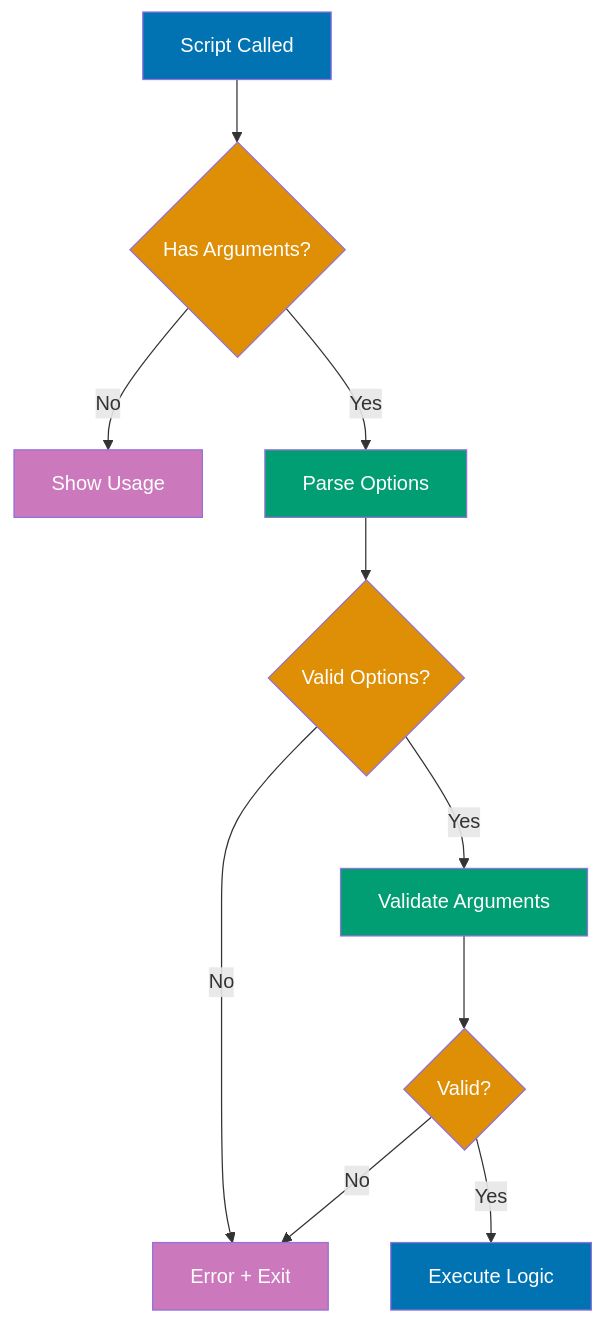
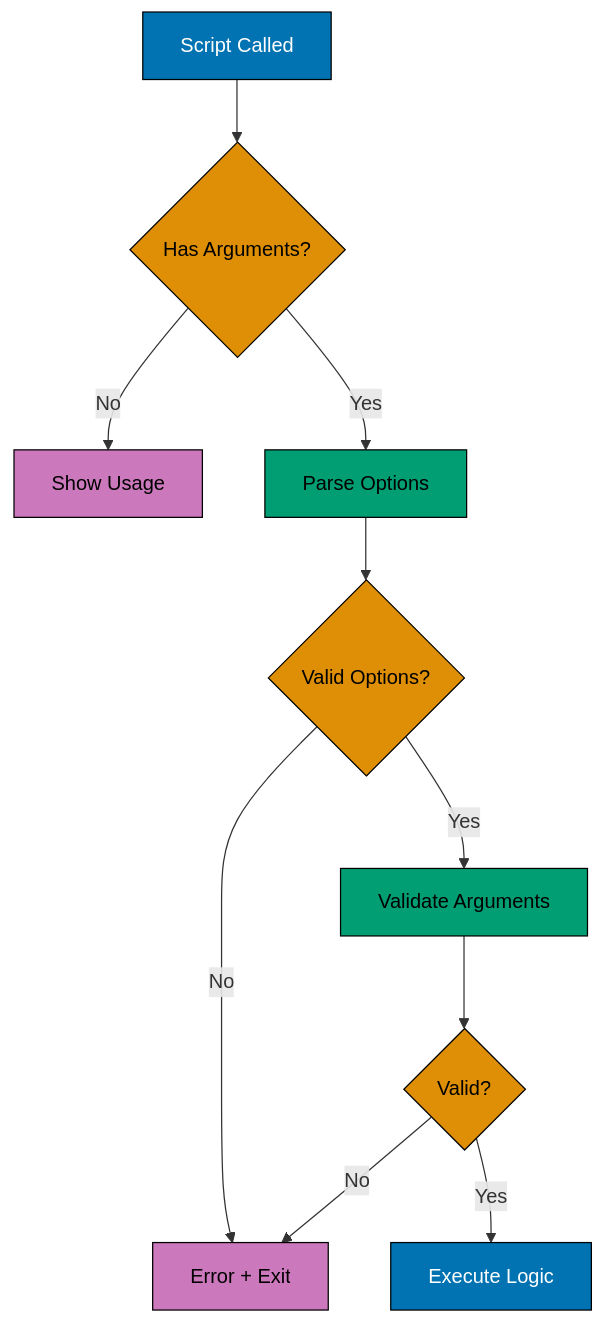
One commit to wahidyankf/ose-public changed the second of 11 diagrams in apps/ayokoding-www/content/en/learn/legacy/software-engineering/platforms/linux/tools/shell/by-example/intermediate.md. Above: the diagram before and after it, drawn with Mermaid. The commit also changed other lines of this file and 130 other files, not shown here.

First line of the commit message:
fix(mermaid): bring the legacy platforms diagrams onto the accessible palette

````diff
--- a/apps/ayokoding-www/content/en/learn/legacy/software-engineering/platforms/linux/tools/shell/by-example/intermediate.md
+++ b/apps/ayokoding-www/content/en/learn/legacy/software-engineering/platforms/linux/tools/shell/by-example/intermediate.md
@@ -196,23 +204,30 @@
 ```mermaid
 %% Argument parsing flow
 graph TD
+    accTitle: Example 33: Command Line Arguments and Parsing
+    accDescr: Graph with 9 nodes and 9 connections. Nodes: Script Called, Has Arguments?, Show Usage, Parse Options, Valid Options?, Error + Exit, Validate Arguments, Valid?, Execute Logic. Connections: Script Called to Has Arguments?, Has Arguments? to Show Usage (No), Has Arguments? to Parse Options (Yes), Parse Options to Valid Options?, Valid Options? to Error + Exit (No), Valid Options? to Validate Arguments (Yes), Validate Arguments to Valid?, Valid? to Error + Exit (No), Valid? to Execute Logic (Yes).
     A[Script Called] --> B{Has Arguments?}
     B -->|No| C[Show Usage]
     B -->|Yes| D[Parse Options]
     D --> E{Valid Options?}
     E -->|No| F[Error + Exit]
     E -->|Yes| G[Validate Arguments]
     G --> H{Valid?}
     H -->|No| F
     H -->|Yes| I[Execute Logic]
 
-    style A fill:#0173B2,color:#fff
-    style B fill:#DE8F05,color:#fff
-    style C fill:#CC78BC,color:#fff
-    style D fill:#029E73,color:#fff
-    style E fill:#DE8F05,color:#fff
-    style F fill:#CC78BC,color:#fff
-    style G fill:#029E73,color:#fff
-    style H fill:#DE8F05,color:#fff
-    style I fill:#0173B2,color:#fff
+    classDef pal-0173B2 fill:#0173B2,stroke:#000000,color:#FFFFFF
+    class A pal-0173B2
+    classDef pal-DE8F05 fill:#DE8F05,stroke:#000000,color:#000000
+    class B pal-DE8F05
+    classDef pal-CC78BC fill:#CC78BC,stroke:#000000,color:#000000
+    class C pal-CC78BC
+    classDef pal-029E73 fill:#029E73,stroke:#000000,color:#000000
+    class D pal-029E73
+    class E pal-DE8F05
+    class F pal-CC78BC
+    class G pal-029E73
+    class H pal-DE8F05
+    class I pal-0173B2
+    classDef default fill:#FFFFFF,stroke:#000000,color:#000000
 ```
````
